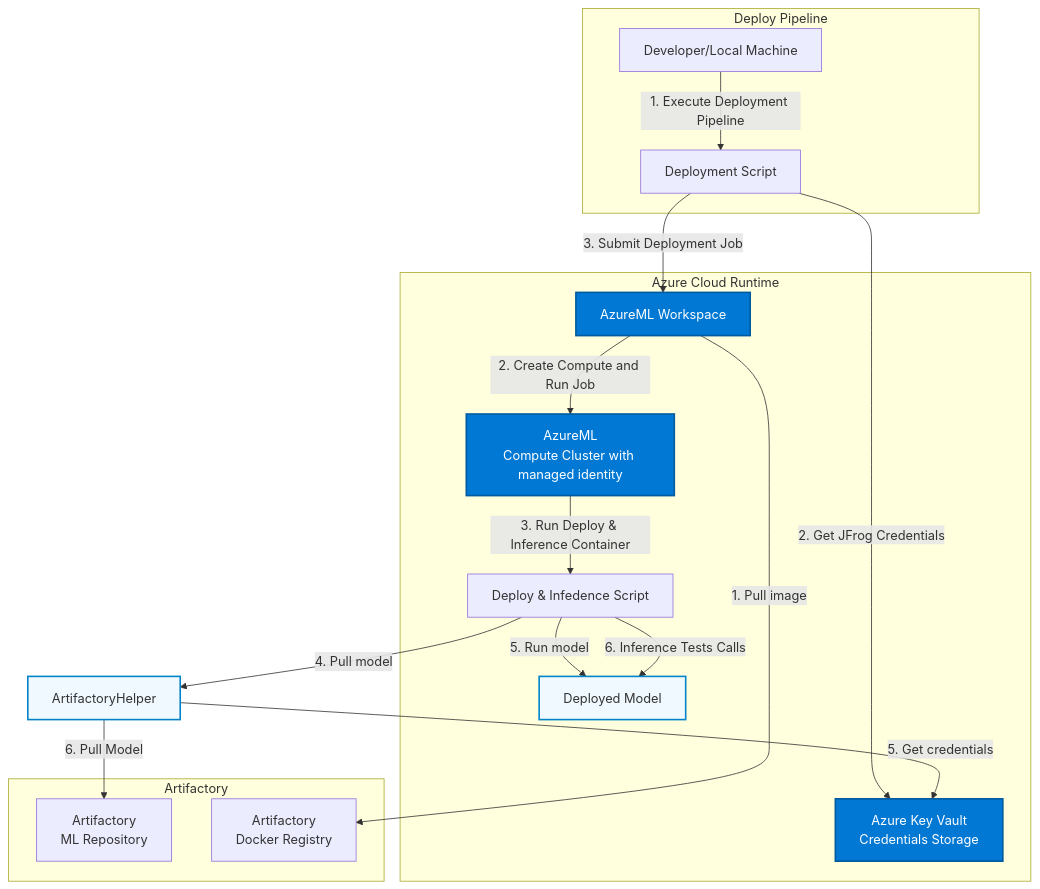
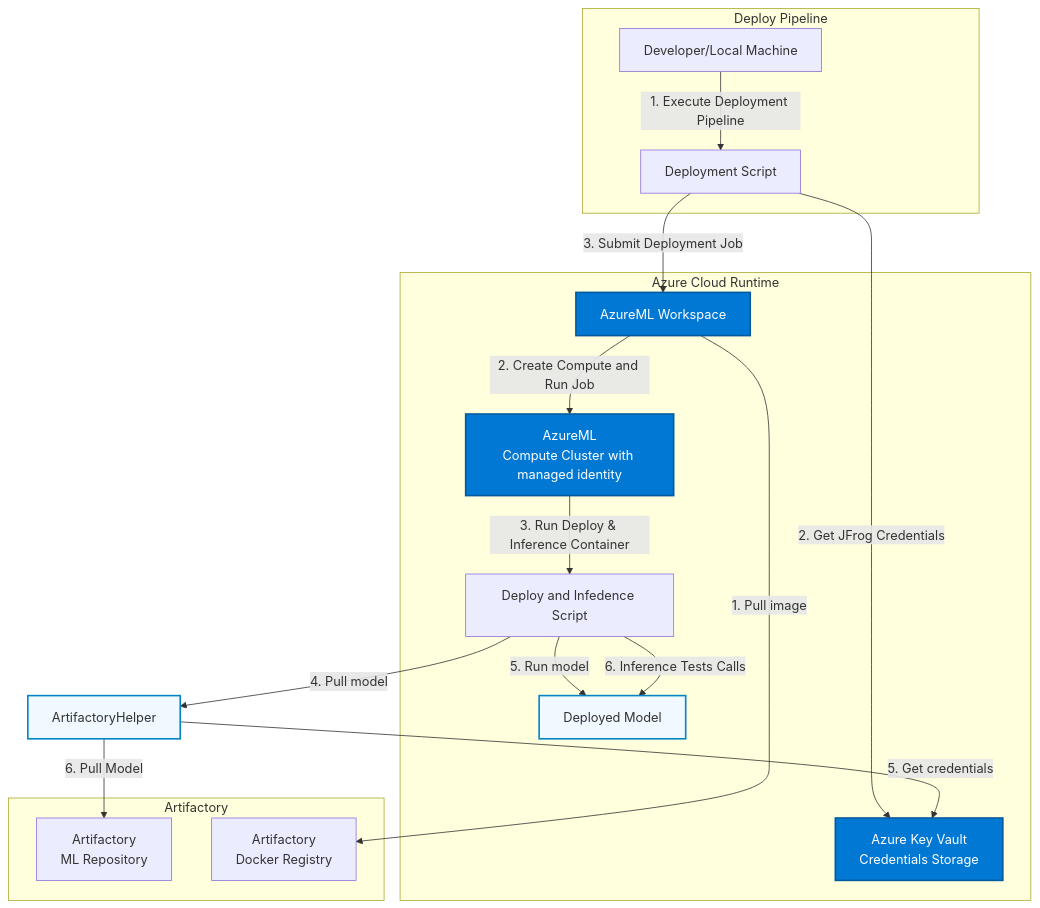
The second of 4 diagrams in README.md (jfrog/JFrog-AzureML-integration), drawn with Mermaid before and after one commit.

Commit message:
README: fix broken diagram

````diff
--- a/README.md
+++ b/README.md
@@ -81,45 +81,45 @@
 ```mermaid
 graph TB
     subgraph "Deploy Pipeline"
         DeploymentDev[Developer/Local Machine]
         DeployPipelineScript[Deployment Script]
     end
     subgraph "Artifactory"
         ArtifactoryML[Artifactory<br/>ML Repository]
         ArtifactoryDocker2[Artifactory<br/>Docker Registry]
     end
     subgraph "Azure Cloud Runtime"
         KV[Azure Key Vault<br/>Credentials Storage]
         AML[AzureML Workspace]
         Compute[AzureML<br/>Compute Cluster with managed identity]
-        deploy_and_inference[Deploy & Infedence Script]
+        deploy_and_inference[Deploy and Infedence Script]
         Model[Deployed Model]
 
     end
 
     %% Deployment Phase Flow
     DeploymentDev -->|1. Execute Deployment Pipeline| DeployPipelineScript
     DeployPipelineScript -->|2. Get JFrog Credentials| KV
     DeployPipelineScript -->|3. Submit Deployment Job| AML
 
     %% Runtime Phase Flow
     AML -->|1. Pull image  | ArtifactoryDocker2
     AML -->|2. Create Compute and Run Job| Compute
     Compute -->|3. Run Deploy & Inference Container| deploy_and_inference
     deploy_and_inference -->|4. Pull model| ArtifactoryHelper    
     ArtifactoryHelper -->|5. Get credentials| KV
     ArtifactoryHelper -->|6. Pull Model| ArtifactoryML
     deploy_and_inference -->|5. Run model| Model
     deploy_and_inference -->|6. Inference Tests Calls| Model    
 
     %% Styling
     classDef Deploy Pipeline fill:#e1f5ff,stroke:#01579b,stroke-width:2px
     classDef azure fill:#0078d4,stroke:#005a9e,stroke-width:2px,color:#fff
     classDef artifactory fill:#40a9ff,stroke:#096dd9,stroke-width:2px
     classDef runtime fill:#f0f9ff,stroke:#0284c7,stroke-width:2px
 
     class DeploymentDev,DeployPipelineScript,Deploy Pipeline
     class KV,AML,Compute,MI azure
     class Container,TrainScript,ArtifactoryHelper,Model runtime
 
 ```
````
